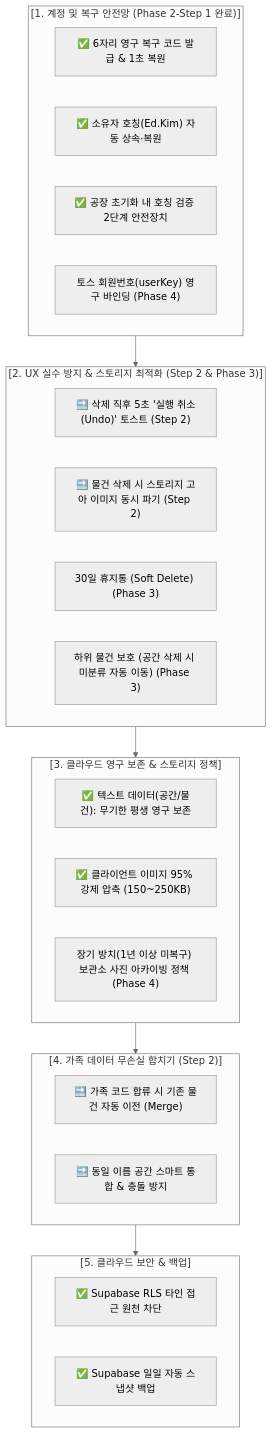
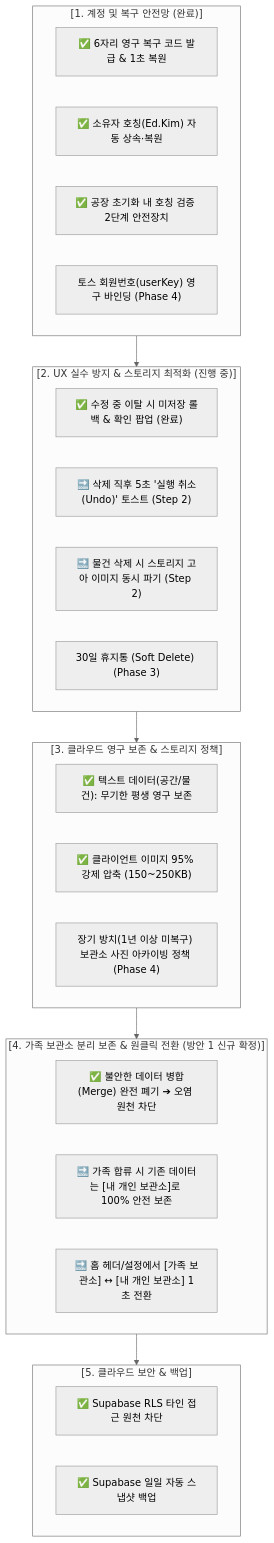
Before and after one commit to tauriqon/where-is-it: the second of 3 diagrams in docs/roadmap_and_summary.md, drawn with Mermaid (neutral theme). The commit also changed other lines of this file and 5 other files, not shown here.

````diff
--- a/docs/roadmap_and_summary.md
+++ b/docs/roadmap_and_summary.md
@@ -49,37 +51,38 @@
 ```mermaid
 flowchart TD
-    subgraph S1["[1. 계정 및 복구 안전망 (Phase 2-Step 1 완료)]"]
+    subgraph S1["[1. 계정 및 복구 안전망 (완료)]"]
         S1_1["✅ 6자리 영구 복구 코드 발급 & 1초 복원"]
         S1_2["✅ 소유자 호칭(Ed.Kim) 자동 상속·복원"]
         S1_3["✅ 공장 초기화 내 호칭 검증 2단계 안전장치"]
         S1_4["토스 회원번호(userKey) 영구 바인딩 (Phase 4)"]
     end
 
-    subgraph S2["[2. UX 실수 방지 & 스토리지 최적화 (Step 2 & Phase 3)]"]
-        S2_1["🔜 삭제 직후 5초 '실행 취소(Undo)' 토스트 (Step 2)"]
-        S2_2["🔜 물건 삭제 시 스토리지 고아 이미지 동시 파기 (Step 2)"]
-        S2_3["30일 휴지통 (Soft Delete) (Phase 3)"]
-        S2_4["하위 물건 보호 (공간 삭제 시 미분류 자동 이동) (Phase 3)"]
+    subgraph S2["[2. UX 실수 방지 & 스토리지 최적화 (진행 중)]"]
+        S2_1["✅ 수정 중 이탈 시 미저장 롤백 & 확인 팝업 (완료)"]
+        S2_2["🔜 삭제 직후 5초 '실행 취소(Undo)' 토스트 (Step 2)"]
+        S2_3["🔜 물건 삭제 시 스토리지 고아 이미지 동시 파기 (Step 2)"]
+        S2_4["30일 휴지통 (Soft Delete) (Phase 3)"]
     end
 
     subgraph S3["[3. 클라우드 영구 보존 & 스토리지 정책]"]
         S3_1["✅ 텍스트 데이터(공간/물건): 무기한 평생 영구 보존"]
         S3_2["✅ 클라이언트 이미지 95% 강제 압축 (150~250KB)"]
         S3_3["장기 방치(1년 이상 미복구) 보관소 사진 아카이빙 정책 (Phase 4)"]
     end
 
-    subgraph S4["[4. 가족 데이터 무손실 합치기 (Step 2)]"]
-        S4_1["🔜 가족 코드 합류 시 기존 물건 자동 이전 (Merge)"]
-        S4_2["🔜 동일 이름 공간 스마트 통합 & 충돌 방지"]
+    subgraph S4["[4. 가족 보관소 분리 보존 & 원클릭 전환 (방안 1 신규 확정)]"]
+        S4_1["✅ 불안한 데이터 병합(Merge) 완전 폐기 ➔ 오염 원천 차단"]
+        S4_2["🔜 가족 합류 시 기존 데이터는 [내 개인 보관소]로 100% 안전 보존"]
+        S4_3["🔜 홈 헤더/설정에서 [가족 보관소] ↔ [내 개인 보관소] 1초 전환"]
     end
 
     subgraph S5["[5. 클라우드 보안 & 백업]"]
         S5_1["✅ Supabase RLS 타인 접근 원천 차단"]
         S5_2["✅ Supabase 일일 자동 스냅샷 백업"]
     end
 
     S1 --> S2
     S2 --> S3
     S3 --> S4
     S4 --> S5
 ```
````
